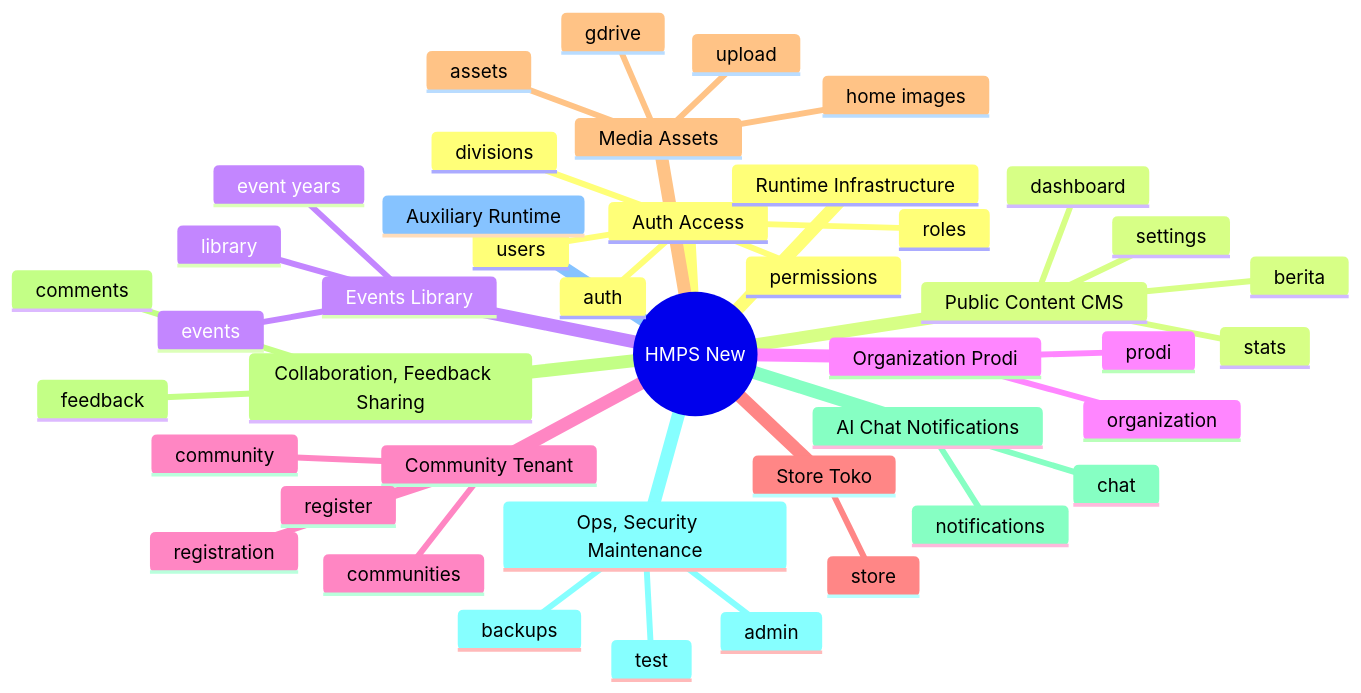
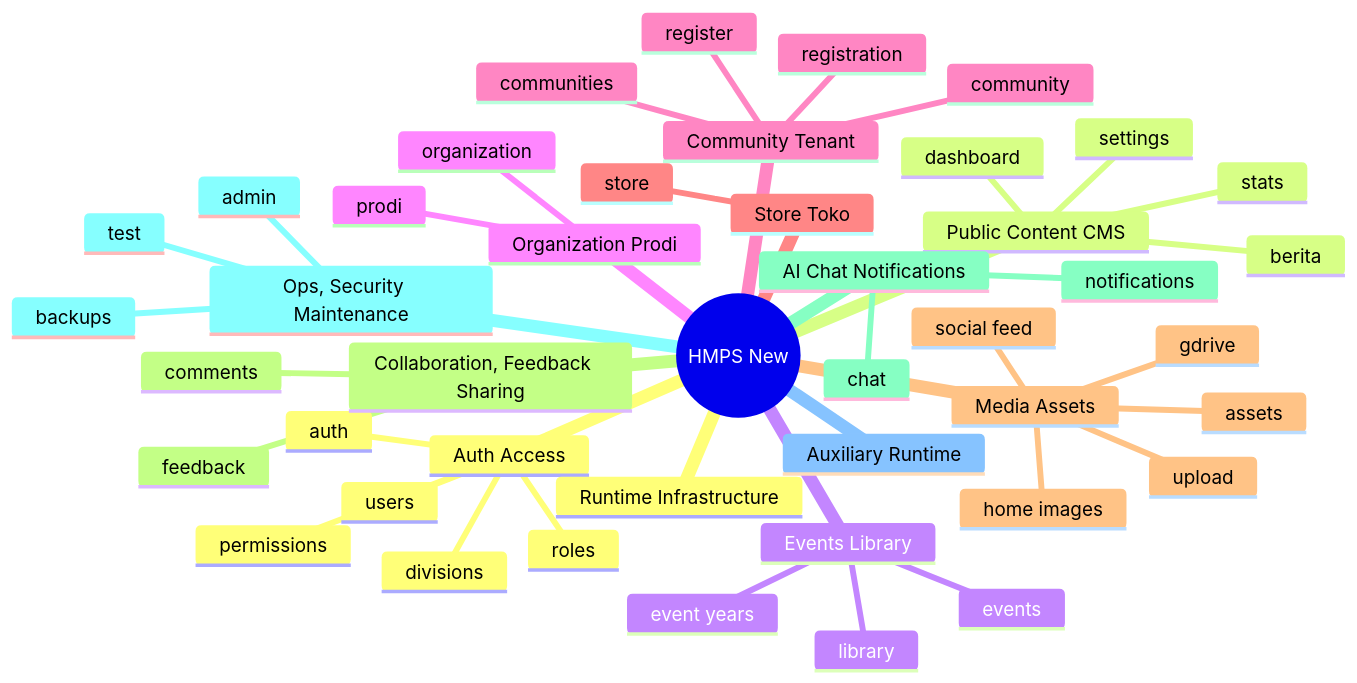
One commit to Sadamdi/hmps changed the diagram in docs/features/feature-summary.md. Above: the diagram before and after it, drawn with Mermaid. The commit also changed other lines of this file and 22 other files, not shown here.

First line of the commit message:
Add home YT/IG social feed scrape and harden Prodi student-hub sync.

````diff
--- a/docs/features/feature-summary.md
+++ b/docs/features/feature-summary.md
@@ -11,46 +11,47 @@
 ```mermaid
 mindmap
   root((HMPS New))
     Auth   Access
       auth
       divisions
       permissions
       roles
       users
     Public Content   CMS
       berita
       dashboard
       settings
       stats
     Events   Library
       event years
       events
       library
     Organization   Prodi
       organization
       prodi
     Community Tenant
       communities
       community
       register
       registration
     Store   Toko
       store
     Media   Assets
       assets
       gdrive
       home images
+      social feed
       upload
     Collaboration, Feedback   Sharing
       comments
       feedback
     AI Chat   Notifications
       chat
       notifications
     Ops, Security   Maintenance
       admin
       backups
       test
     Auxiliary Runtime
     Runtime Infrastructure
 ```
````
